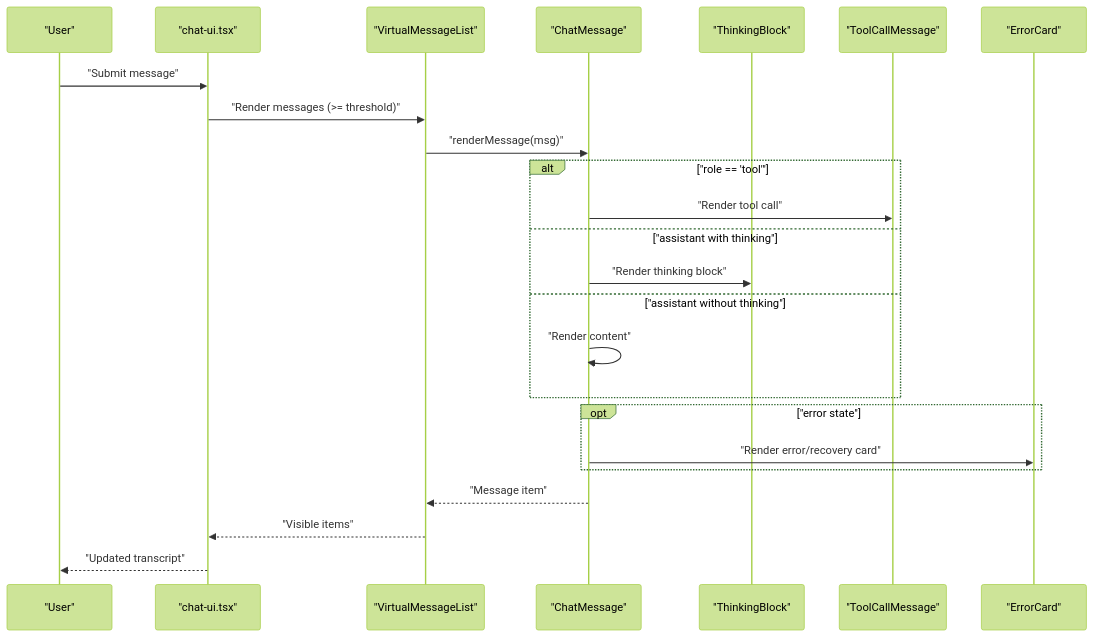
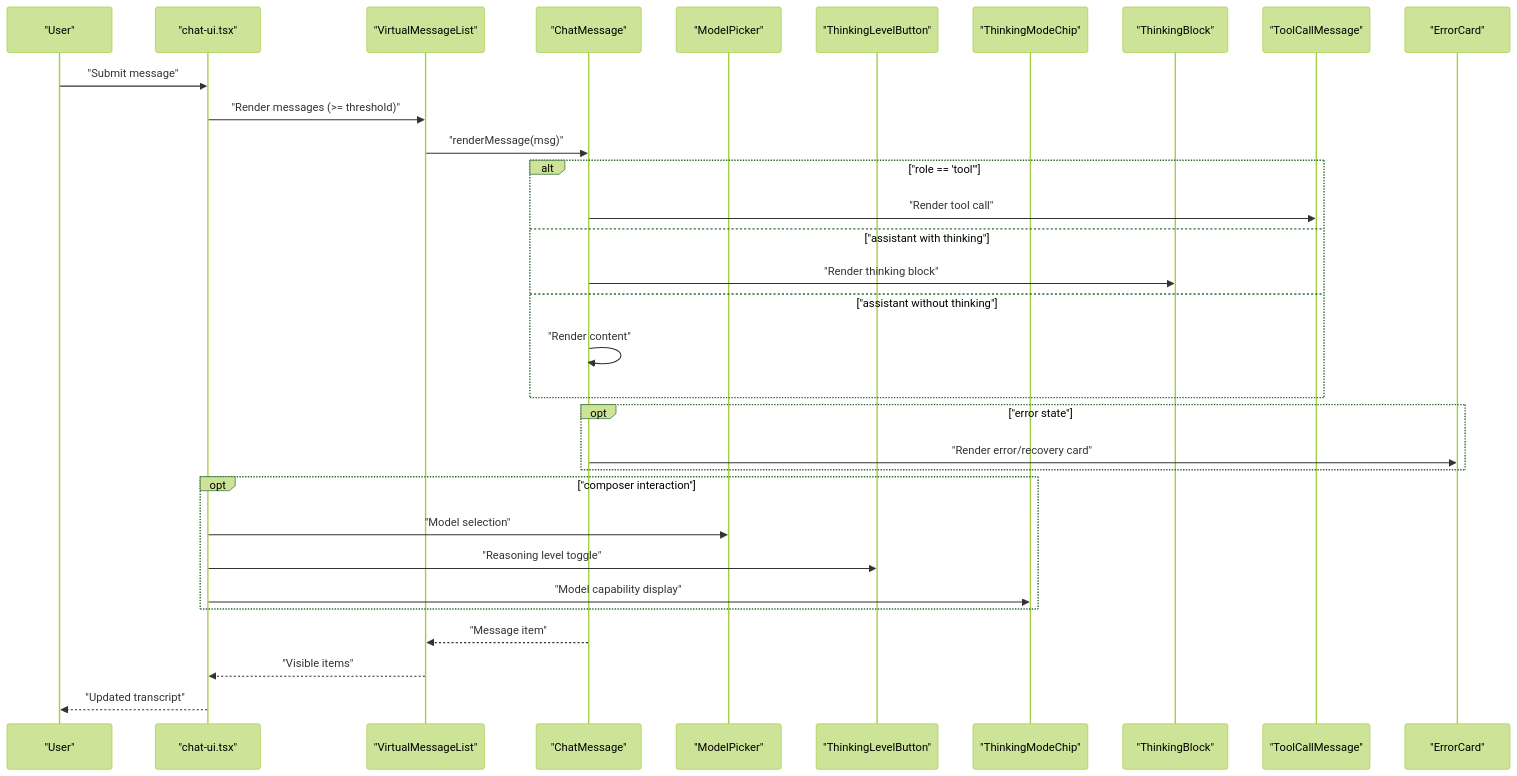
Before and after one commit to novolei/if2Ai: the second of 11 diagrams in .qoder/repowiki/en/content/Frontend Application/UI Component Library/Chat Interface Components.md, drawn with Mermaid (forest theme). The commit also changed other lines of this file and 32 other files, not shown here.

````diff
--- a/.qoder/repowiki/en/content/Frontend Application/UI Component Library/Chat Interface Components.md
+++ b/.qoder/repowiki/en/content/Frontend Application/UI Component Library/Chat Interface Components.md
@@ -100,26 +131,34 @@
 ```mermaid
 sequenceDiagram
 participant User as "User"
 participant ChatUI as "chat-ui.tsx"
 participant VM as "VirtualMessageList"
 participant CM as "ChatMessage"
+participant MP as "ModelPicker"
+participant TLB as "ThinkingLevelButton"
+participant TMC as "ThinkingModeChip"
 participant TB as "ThinkingBlock"
 participant TCM as "ToolCallMessage"
 participant ERR as "ErrorCard"
 User->>ChatUI : "Submit message"
 ChatUI->>VM : "Render messages (>= threshold)"
 VM->>CM : "renderMessage(msg)"
 alt "role == 'tool'"
 CM->>TCM : "Render tool call"
 else "assistant with thinking"
 CM->>TB : "Render thinking block"
 else "assistant without thinking"
 CM->>CM : "Render content"
 end
 opt "error state"
 CM->>ERR : "Render error/recovery card"
 end
+opt "composer interaction"
+ChatUI->>MP : "Model selection"
+ChatUI->>TLB : "Reasoning level toggle"
+ChatUI->>TMC : "Model capability display"
+end
 CM-->>VM : "Message item"
 VM-->>ChatUI : "Visible items"
 ChatUI-->>User : "Updated transcript"
 ```
````
